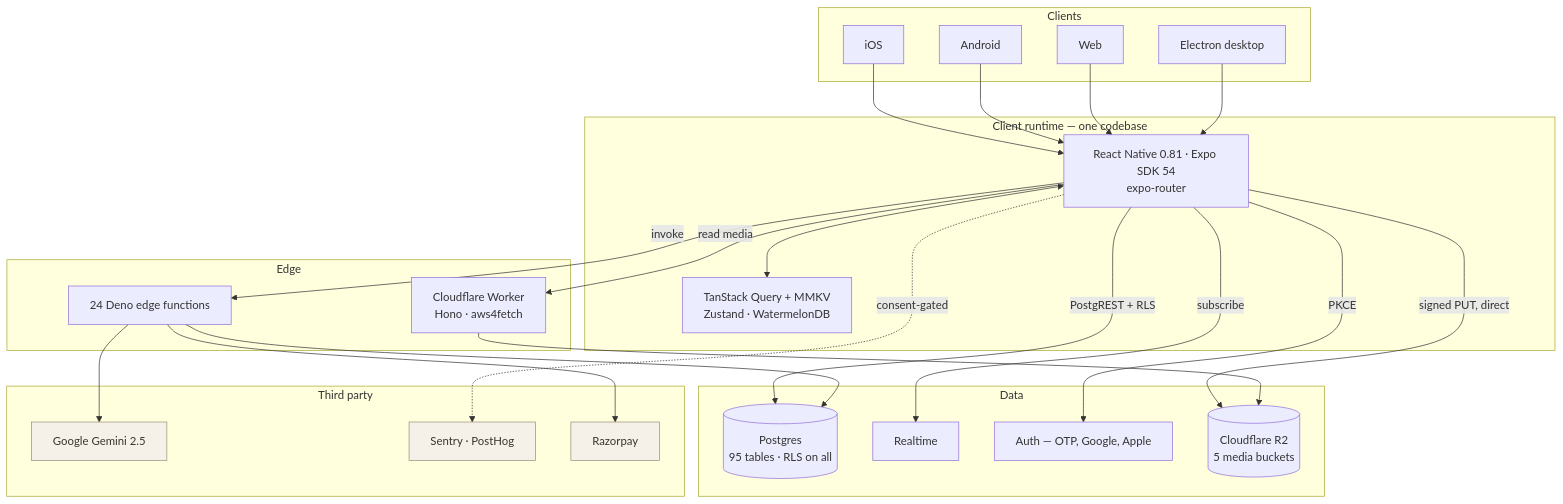
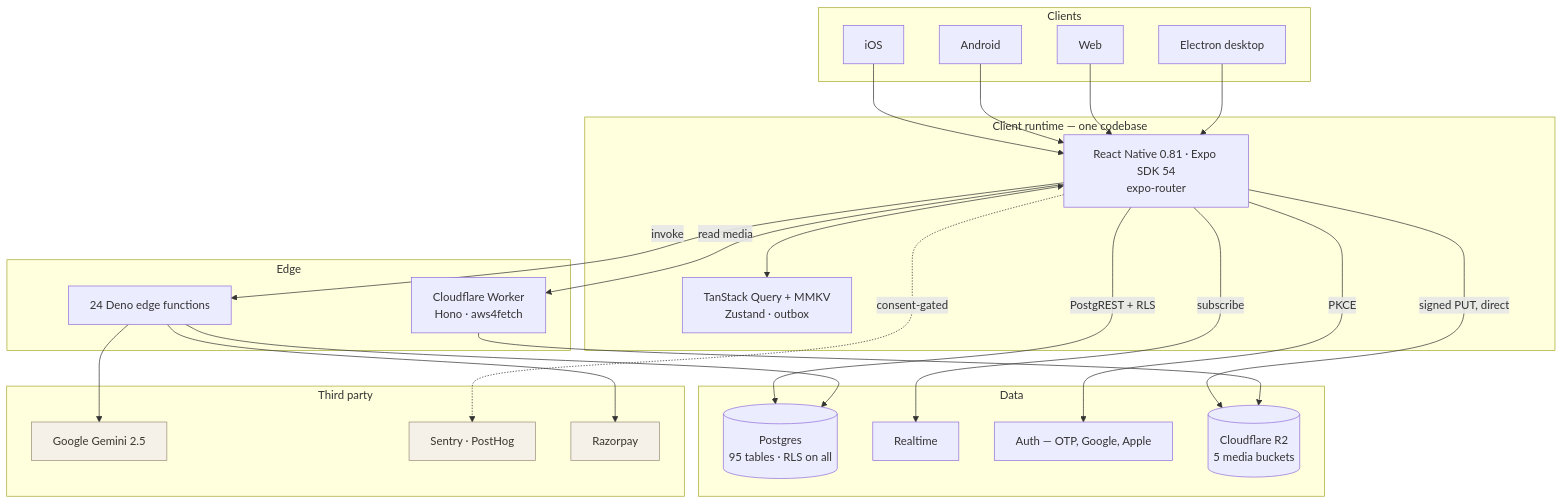
The first of 7 diagrams in README.md (Ak2556/echo-mobile), drawn with Mermaid before and after one commit. The commit also changed other lines of this file and 13 other files, not shown here.

````diff
--- a/README.md
+++ b/README.md
@@ -155,49 +160,49 @@
 ```mermaid
 flowchart TB
     subgraph Clients
         IOS["iOS"]
         AND["Android"]
         WEB["Web"]
         MAC["Electron desktop"]
     end
 
     subgraph Client_Runtime["Client runtime — one codebase"]
         RN["React Native 0.81 · Expo SDK 54<br/>expo-router"]
-        STATE["TanStack Query + MMKV<br/>Zustand · WatermelonDB"]
+        STATE["TanStack Query + MMKV<br/>Zustand · outbox"]
     end
 
     subgraph Edge["Edge"]
         WORKER["Cloudflare Worker<br/>Hono · aws4fetch"]
         FUNCS["24 Deno edge functions"]
     end
 
     subgraph Data["Data"]
         PG[("Postgres<br/>95 tables · RLS on all")]
         RT["Realtime"]
         AUTH["Auth — OTP, Google, Apple"]
         R2[("Cloudflare R2<br/>5 media buckets")]
     end
 
     subgraph External["Third party"]
         GEM["Google Gemini 2.5"]
         SENTRY["Sentry · PostHog"]
         PAY["Razorpay"]
     end
 
     IOS & AND & WEB & MAC --> RN
     RN <--> STATE
     RN -->|"PostgREST + RLS"| PG
     RN -->|"subscribe"| RT
     RN -->|"PKCE"| AUTH
     RN -->|"signed PUT, direct"| R2
     RN -->|"read media"| WORKER
     RN -->|"invoke"| FUNCS
     WORKER --> R2
     FUNCS --> PG
     FUNCS --> GEM
     FUNCS --> PAY
     RN -.->|"consent-gated"| SENTRY
 
     classDef ext fill:#f5f0e8,stroke:#9a8f7a,color:#3a352c
     class GEM,SENTRY,PAY ext
 ```
````
